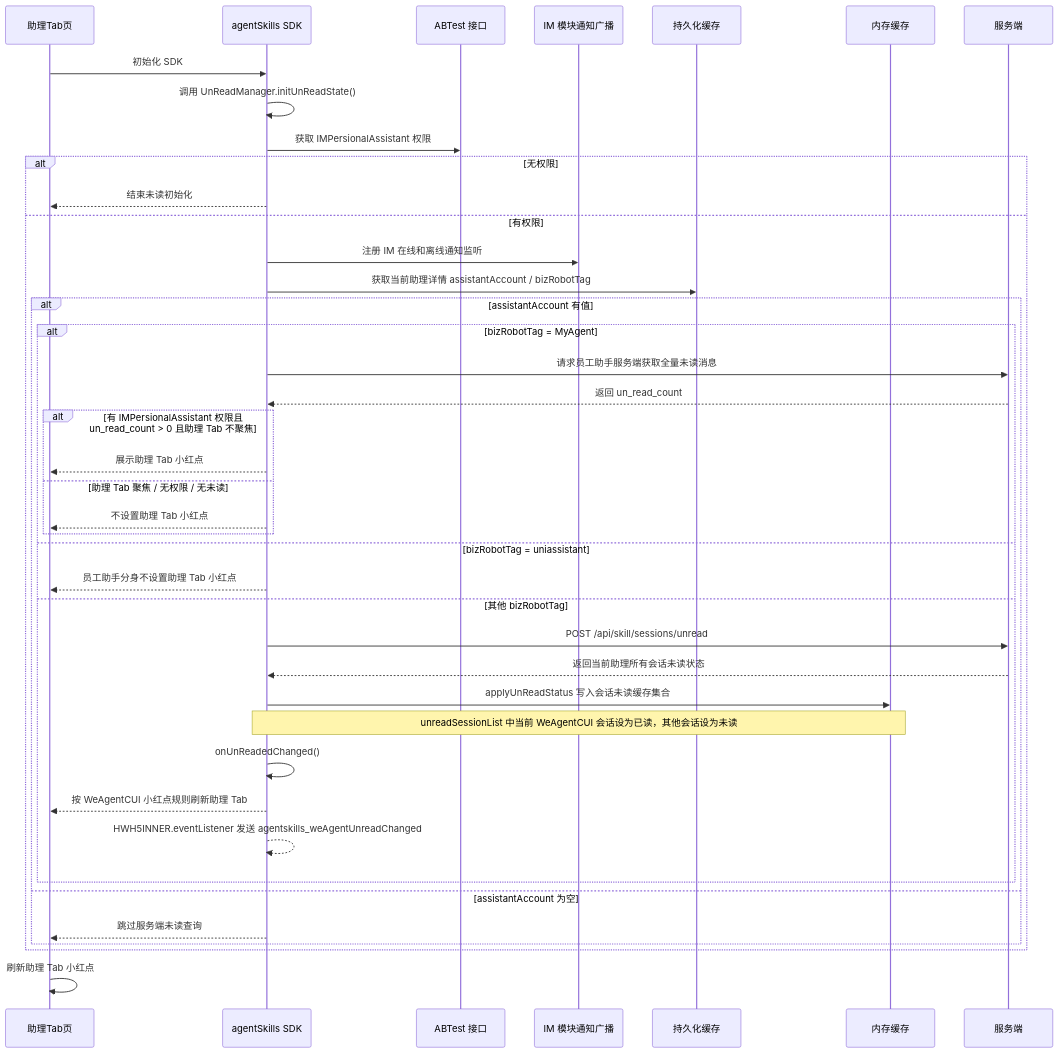
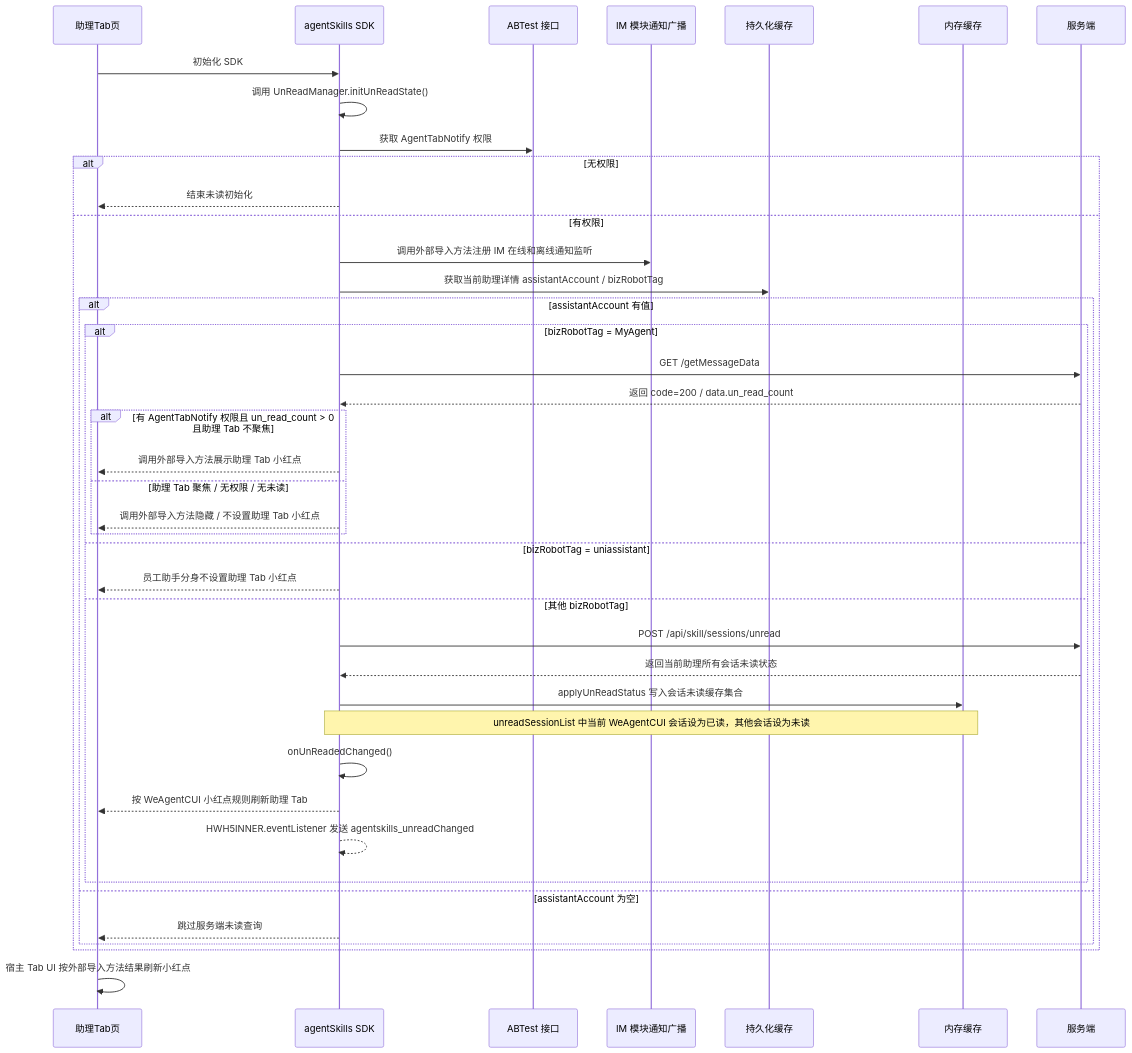
One commit to Abelsjcheng/skillSDK changed the third of 10 diagrams in 2026-06-11-we-agent-tab-unread-red-dot-plan.md. Above: the diagram before and after it, drawn with Mermaid. The commit also changed other lines of this file and 53 other files, not shown here.

````diff
--- a/2026-06-11-we-agent-tab-unread-red-dot-plan.md
+++ b/2026-06-11-we-agent-tab-unread-red-dot-plan.md
@@ -160,44 +160,44 @@
 ```mermaid
 sequenceDiagram
     participant Tab as 助理Tab页
     participant SDK as agentSkills SDK
     participant AB as ABTest 接口
     participant IM as IM 模块通知广播
     participant Persist as 持久化缓存
     participant Memory as 内存缓存
     participant Server as 服务端
 
     Tab->>SDK: 初始化 SDK
     SDK->>SDK: 调用 UnReadManager.initUnReadState()
-    SDK->>AB: 获取 IMPersionalAssistant 权限
+    SDK->>AB: 获取 AgentTabNotify 权限
     alt 无权限
         SDK-->>Tab: 结束未读初始化
     else 有权限
-        SDK->>IM: 注册 IM 在线和离线通知监听
+        SDK->>IM: 调用外部导入方法注册 IM 在线和离线通知监听
         SDK->>Persist: 获取当前助理详情 assistantAccount / bizRobotTag
         alt assistantAccount 有值
             alt bizRobotTag = MyAgent
-                SDK->>Server: 请求员工助手服务端获取全量未读消息
-                Server-->>SDK: 返回 un_read_count
-                alt 有 IMPersionalAssistant 权限且 un_read_count > 0 且助理 Tab 不聚焦
-                    SDK-->>Tab: 展示助理 Tab 小红点
+                SDK->>Server: GET /getMessageData
+                Server-->>SDK: 返回 code=200 / data.un_read_count
+                alt 有 AgentTabNotify 权限且 un_read_count > 0 且助理 Tab 不聚焦
+                    SDK-->>Tab: 调用外部导入方法展示助理 Tab 小红点
                 else 助理 Tab 聚焦 / 无权限 / 无未读
-                    SDK-->>Tab: 不设置助理 Tab 小红点
+                    SDK-->>Tab: 调用外部导入方法隐藏 / 不设置助理 Tab 小红点
                 end
             else bizRobotTag = uniassistant
                 SDK-->>Tab: 员工助手分身不设置助理 Tab 小红点
             else 其他 bizRobotTag
                 SDK->>Server: POST /api/skill/sessions/unread
                 Server-->>SDK: 返回当前助理所有会话未读状态
                 SDK->>Memory: applyUnReadStatus 写入会话未读缓存集合
                 Note over SDK,Memory: unreadSessionList 中当前 WeAgentCUI 会话设为已读，其他会话设为未读
                 SDK->>SDK: onUnReadedChanged()
                 SDK-->>Tab: 按 WeAgentCUI 小红点规则刷新助理 Tab
-                SDK-->>SDK: HWH5INNER.eventListener 发送 agentskills_weAgentUnreadChanged
+                SDK-->>SDK: HWH5INNER.eventListener 发送 agentskills_unreadChanged
             end
         else assistantAccount 为空
             SDK-->>Tab: 跳过服务端未读查询
         end
     end
-    Tab->>Tab: 刷新助理 Tab 小红点
+    Tab->>Tab: 宿主 Tab UI 按外部导入方法结果刷新小红点
 ```
````
